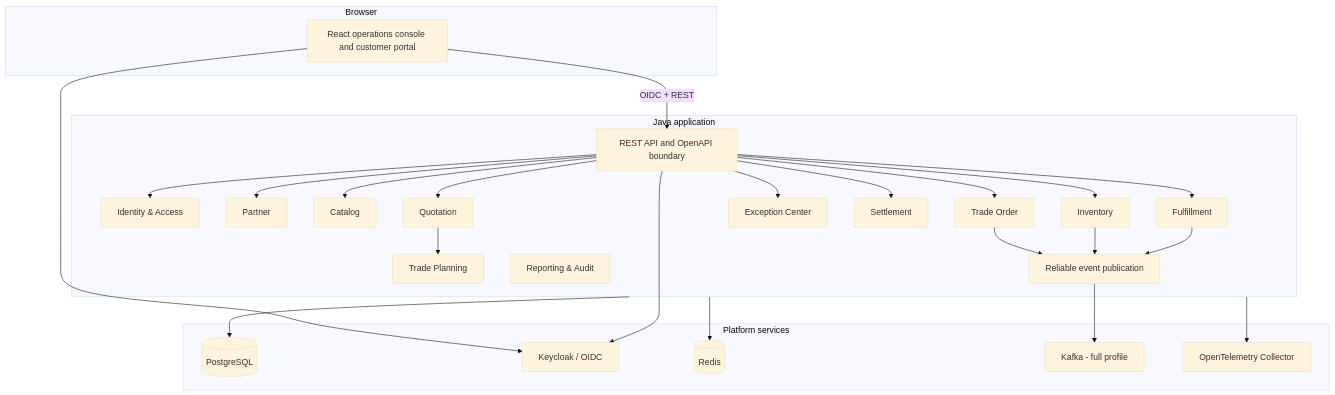
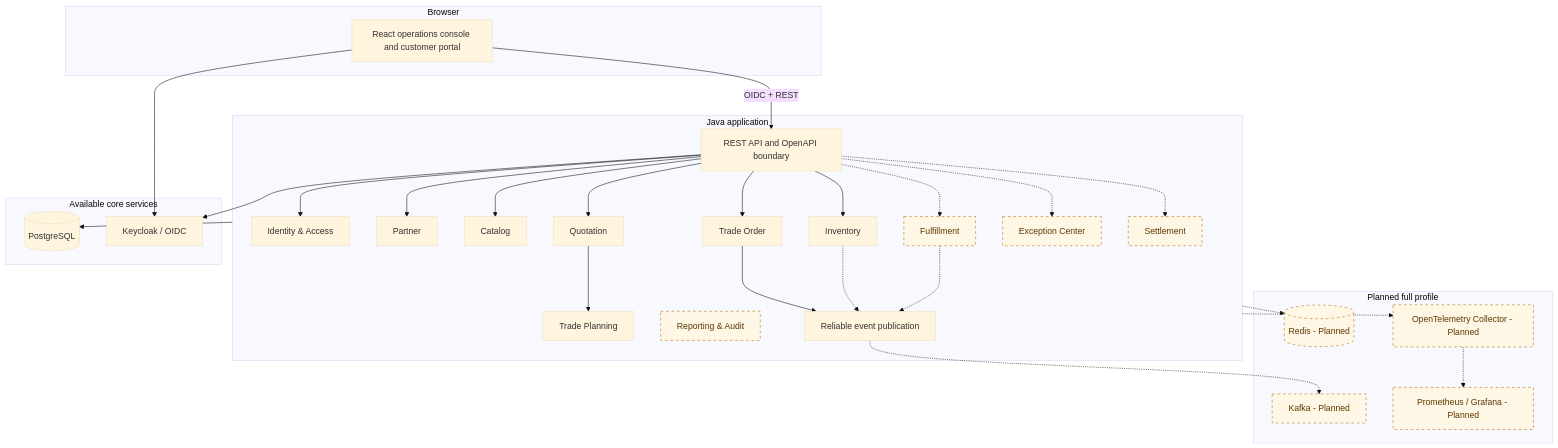
Before and after one commit to RomanticHW/cellarbridge-platform: the second of 3 diagrams in README.md, drawn with Mermaid (base theme). The commit also changed other lines of this file and 20 other files, not shown here.

Commit message:
docs(portfolio): distinguish available and planned capabilities

````diff
--- a/README.md
+++ b/README.md
@@ -65,51 +68,59 @@
 ```mermaid
 flowchart TB
     subgraph Browser[Browser]
         UI[React operations console and customer portal]
     end
 
     subgraph App[Java application]
         API[REST API and OpenAPI boundary]
         IAM[Identity & Access]
         PAR[Partner]
         CAT[Catalog]
         INV[Inventory]
         QUO[Quotation]
         TRD[Trade Planning]
         ORD[Trade Order]
         FUL[Fulfillment]
         EXC[Exception Center]
         SET[Settlement]
         REP[Reporting & Audit]
         EVT[Reliable event publication]
     end
 
-    subgraph Platform[Platform services]
+    subgraph CorePlatform[Available core services]
         PG[(PostgreSQL)]
         KC[Keycloak / OIDC]
-        REDIS[(Redis)]
-        KAFKA[Kafka - full profile]
-        OTEL[OpenTelemetry Collector]
+    end
+
+    subgraph PlannedPlatform[Planned full profile]
+        REDIS[(Redis - Planned)]
+        KAFKA[Kafka - Planned]
+        OTEL[OpenTelemetry Collector - Planned]
+        METRICS[Prometheus / Grafana - Planned]
     end
 
     UI -->|OIDC + REST| API
     API --> IAM
     API --> PAR
     API --> CAT
     API --> INV
     API --> QUO
     API --> ORD
-    API --> FUL
-    API --> EXC
-    API --> SET
+    API -.-> FUL
+    API -.-> EXC
+    API -.-> SET
     QUO --> TRD
     ORD --> EVT
-    INV --> EVT
-    FUL --> EVT
-    EVT --> KAFKA
+    INV -.-> EVT
+    FUL -.-> EVT
+    EVT -.-> KAFKA
     App --> PG
-    App --> REDIS
+    App -.-> REDIS
     UI --> KC
     API --> KC
-    App --> OTEL
+    App -.-> OTEL
+    OTEL -.-> METRICS
+
+    classDef planned fill:#fff7e6,stroke:#b26a00,color:#5f3700,stroke-dasharray:5 5;
+    class FUL,EXC,SET,REP,REDIS,KAFKA,OTEL,METRICS planned;
 ```
````
